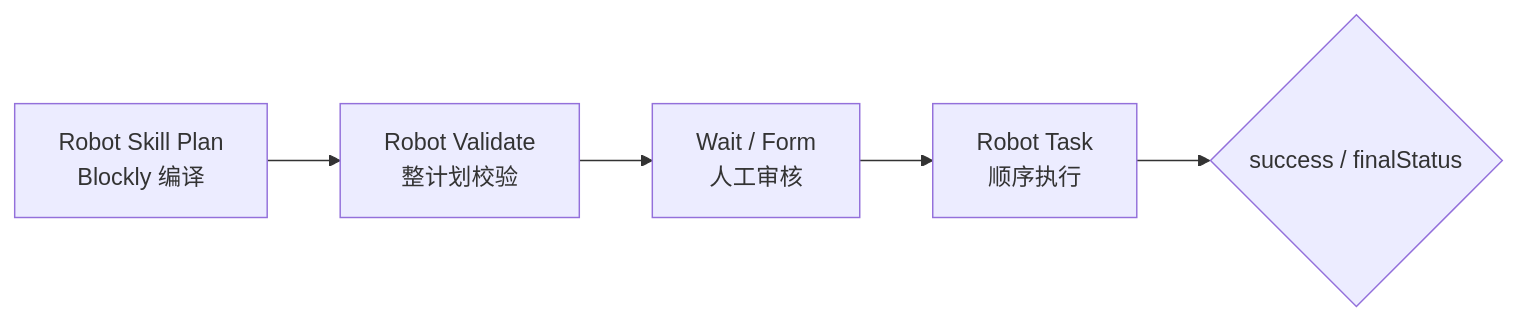
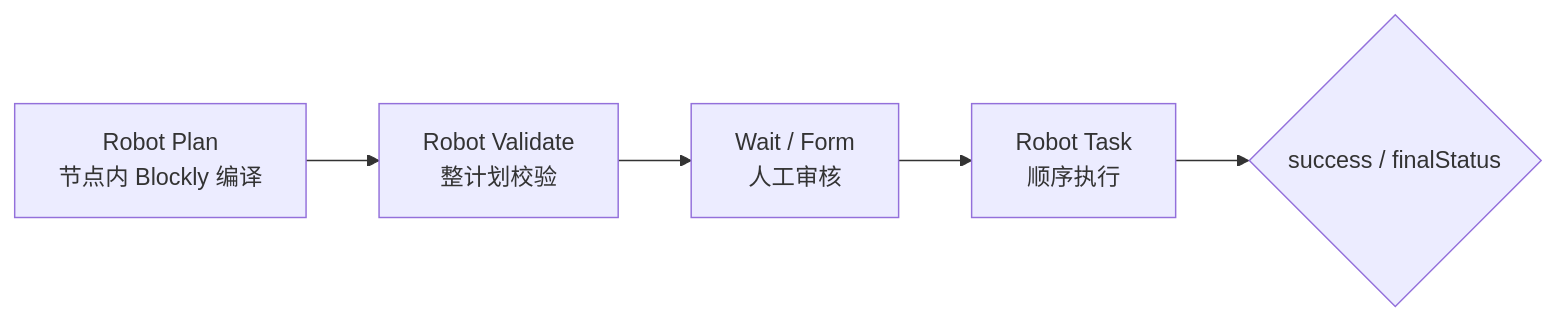
The second of 2 diagrams in custom-nodes/n8n-nodes-roboframe/README.md (zhaoyilun/code-canvas), drawn with Mermaid before and after one commit. The commit also changed other lines of this file and 53 other files, not shown here.

````diff
--- a/custom-nodes/n8n-nodes-roboframe/README.md
+++ b/custom-nodes/n8n-nodes-roboframe/README.md
@@ -35,7 +37,7 @@
 ```mermaid
 flowchart LR
-    B[Robot Skill Plan\nBlockly 编译] --> V[Robot Validate\n整计划校验]
+    B[Robot Plan\n节点内 Blockly 编译] --> V[Robot Validate\n整计划校验]
     V --> A[Wait / Form\n人工审核]
     A --> T[Robot Task\n顺序执行]
     T --> R{success / finalStatus}
 ```
````
